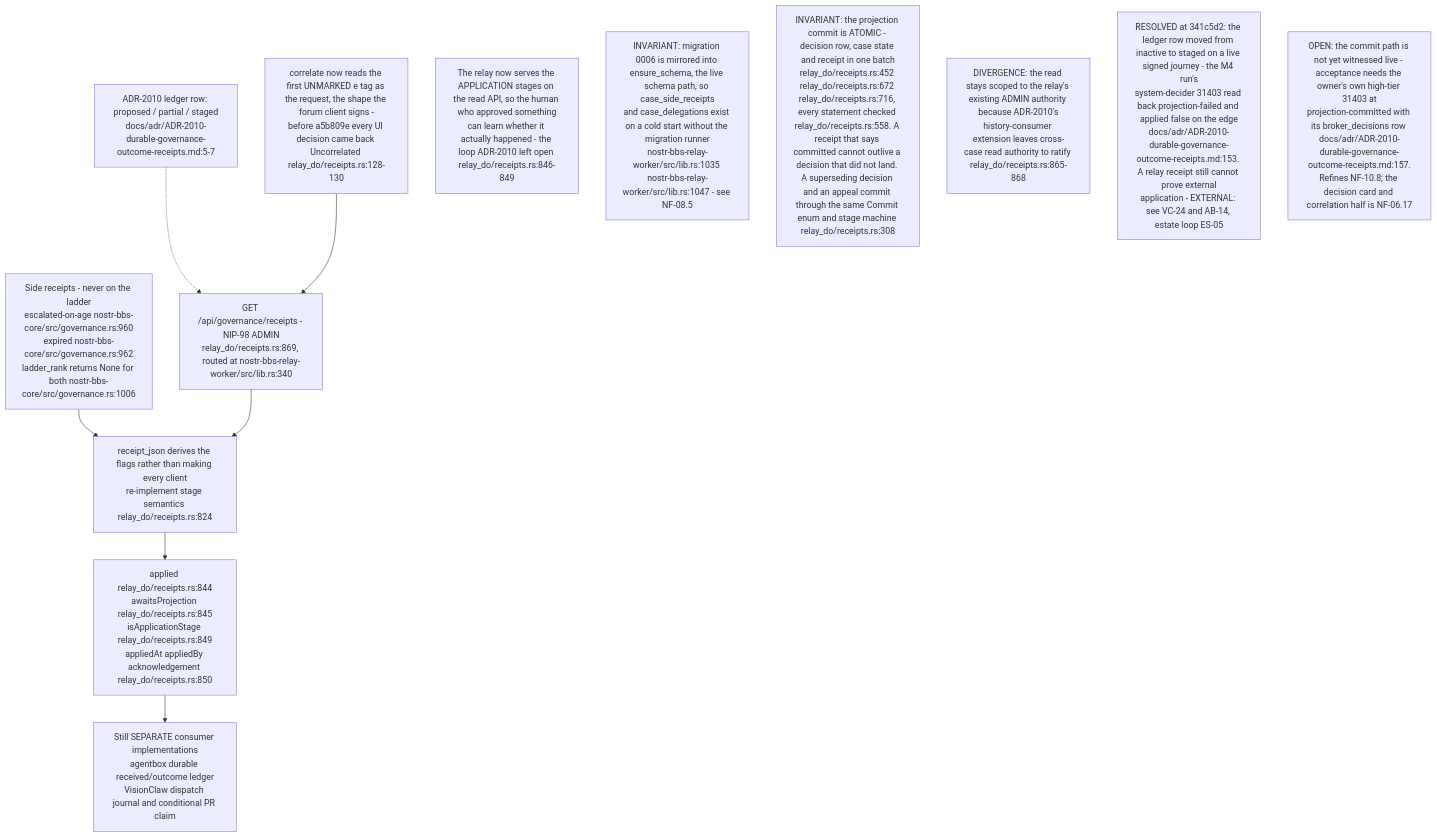
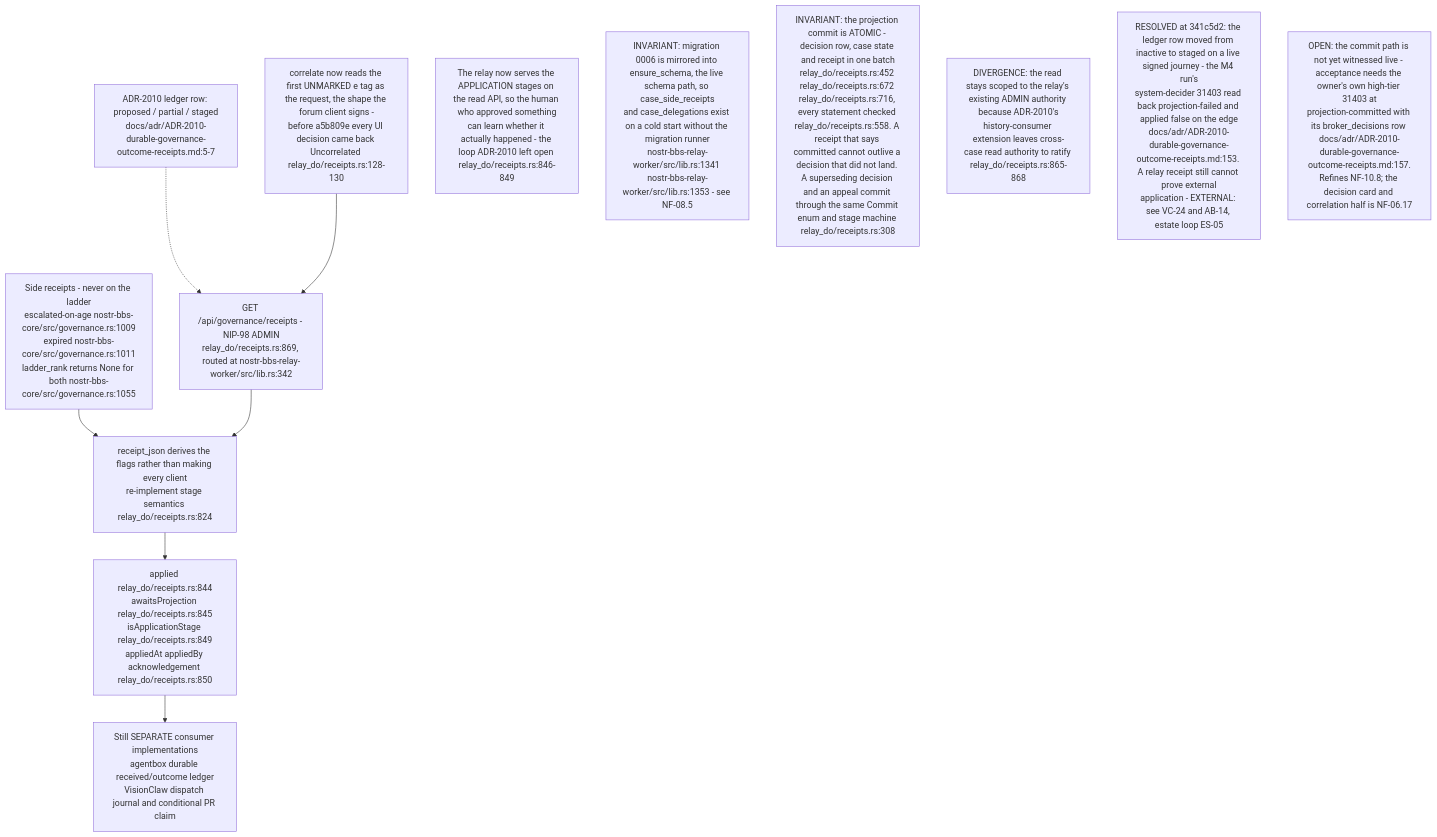
One commit to DreamLab-AI/VisionFlow changed the ninth of 18 diagrams in docs/diagrams/nostr-rust-forum/11-relay-durable-object-internals.md. Above: the diagram before and after it, drawn with Mermaid. The commit also changed other lines of this file, not shown here.

First line of the commit message:
docs(diagrams): re-verify NF-11 against nostr-rust-forum af4f0d5

````diff
--- a/docs/diagrams/nostr-rust-forum/11-relay-durable-object-internals.md
+++ b/docs/diagrams/nostr-rust-forum/11-relay-durable-object-internals.md
@@ -316,23 +327,23 @@
 ```mermaid
 flowchart TB
-    SIDE["Side receipts - never on the ladder<br/>escalated-on-age nostr-bbs-core/src/governance.rs:960<br/>expired nostr-bbs-core/src/governance.rs:962<br/>ladder_rank returns None for both nostr-bbs-core/src/governance.rs:1006"]
-    API["GET /api/governance/receipts - NIP-98 ADMIN<br/>relay_do/receipts.rs:869, routed at nostr-bbs-relay-worker/src/lib.rs:340"]
+    SIDE["Side receipts - never on the ladder<br/>escalated-on-age nostr-bbs-core/src/governance.rs:1009<br/>expired nostr-bbs-core/src/governance.rs:1011<br/>ladder_rank returns None for both nostr-bbs-core/src/governance.rs:1055"]
+    API["GET /api/governance/receipts - NIP-98 ADMIN<br/>relay_do/receipts.rs:869, routed at nostr-bbs-relay-worker/src/lib.rs:342"]
     JSON["receipt_json derives the flags rather than making every client<br/>re-implement stage semantics relay_do/receipts.rs:824"]
     FLAGS["applied relay_do/receipts.rs:844<br/>awaitsProjection relay_do/receipts.rs:845<br/>isApplicationStage relay_do/receipts.rs:849<br/>appliedAt appliedBy acknowledgement relay_do/receipts.rs:850"]
     LEDGER["ADR-2010 ledger row: proposed / partial / staged<br/>docs/adr/ADR-2010-durable-governance-outcome-receipts.md:5-7"]
     CORR["correlate now reads the first UNMARKED e tag as the request, the shape the forum client signs -<br/>before a5b809e every UI decision came back Uncorrelated relay_do/receipts.rs:128-130"]
     OPEN["Still SEPARATE consumer implementations<br/>agentbox durable received/outcome ledger<br/>VisionClaw dispatch journal and conditional PR claim"]
 
     SIDE --> JSON
     API --> JSON --> FLAGS
     LEDGER -.-> API
     CORR --> API
     FLAGS --> OPEN
 
     N1["The relay now serves the APPLICATION stages on the read API, so the human who approved something<br/>can learn whether it actually happened - the loop ADR-2010 left open relay_do/receipts.rs:846-849"]
-    N6["INVARIANT: migration 0006 is mirrored into ensure_schema, the live schema path, so case_side_receipts<br/>and case_delegations exist on a cold start without the migration runner<br/>nostr-bbs-relay-worker/src/lib.rs:1035 nostr-bbs-relay-worker/src/lib.rs:1047 - see NF-08.5"]
+    N6["INVARIANT: migration 0006 is mirrored into ensure_schema, the live schema path, so case_side_receipts<br/>and case_delegations exist on a cold start without the migration runner<br/>nostr-bbs-relay-worker/src/lib.rs:1341 nostr-bbs-relay-worker/src/lib.rs:1353 - see NF-08.5"]
     N2["INVARIANT: the projection commit is ATOMIC - decision row, case state and receipt in one batch<br/>relay_do/receipts.rs:452 relay_do/receipts.rs:672 relay_do/receipts.rs:716, every statement checked relay_do/receipts.rs:558. A receipt that says committed cannot outlive a decision that did not land. A superseding decision and an appeal commit through the same Commit enum and stage machine relay_do/receipts.rs:308"]
     N3["DIVERGENCE: the read stays scoped to the relay's existing ADMIN authority because ADR-2010's<br/>history-consumer extension leaves cross-case read authority to ratify relay_do/receipts.rs:865-868"]
     N4["RESOLVED at 341c5d2: the ledger row moved from inactive to staged on a live signed journey - the M4 run's<br/>system-decider 31403 read back projection-failed and applied false on the edge<br/>docs/adr/ADR-2010-durable-governance-outcome-receipts.md:153. A relay receipt still cannot prove external<br/>application - EXTERNAL: see VC-24 and AB-14, estate loop ES-05"]
     N5["OPEN: the commit path is not yet witnessed live - acceptance needs the owner's own high-tier 31403 at<br/>projection-committed with its broker_decisions row docs/adr/ADR-2010-durable-governance-outcome-receipts.md:157.<br/>Refines NF-10.8; the decision card and correlation half is NF-06.17"]
 ```
````
